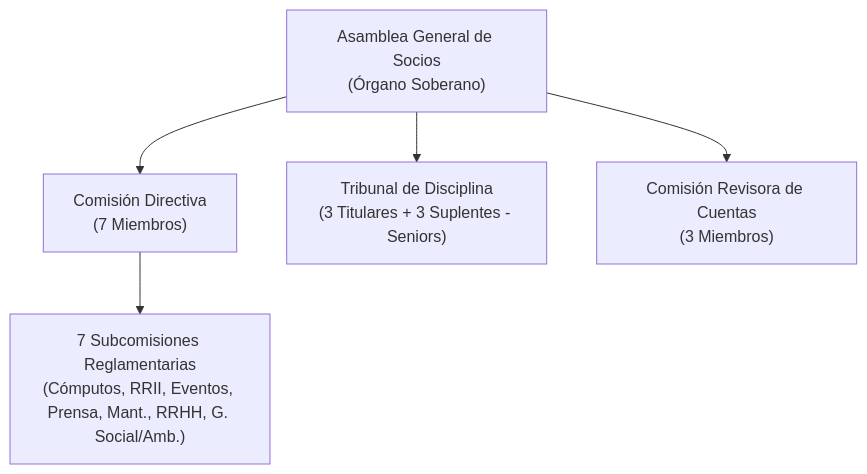
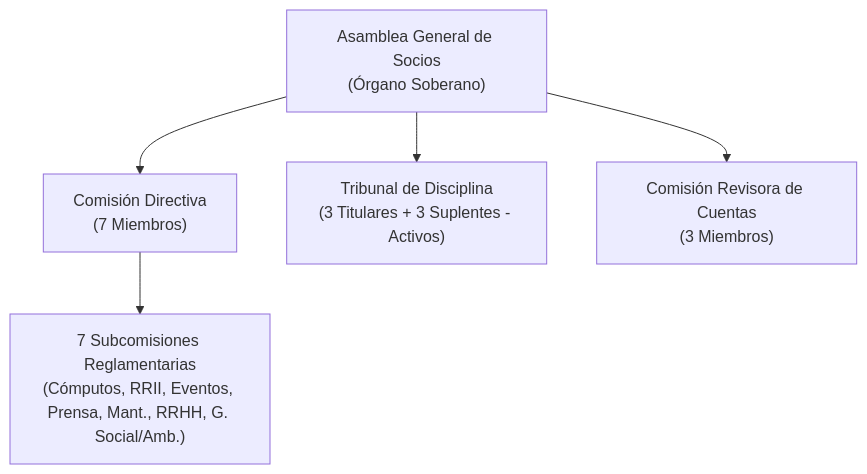
The first of 2 diagrams in README.md (MartinG94/seminario-integrador), drawn with Mermaid before and after one commit. The commit also changed other lines of this file and 19 other files, not shown here.

````diff
--- a/README.md
+++ b/README.md
@@ -59,13 +59,13 @@
 ```mermaid
 flowchart TD
     AG["Asamblea General de Socios\n(Órgano Soberano)"]
     CD["Comisión Directiva\n(7 Miembros)"]
-    TD["Tribunal de Disciplina\n(3 Titulares + 3 Suplentes - Seniors)"]
+    TD["Tribunal de Disciplina\n(3 Titulares + 3 Suplentes - Activos)"]
     CR["Comisión Revisora de Cuentas\n(3 Miembros)"]
     SUB["7 Subcomisiones Reglamentarias\n(Cómputos, RRII, Eventos, Prensa, Mant., RRHH, G. Social/Amb.)"]
     
     AG --> CD
     AG --> TD
     AG --> CR
     CD --> SUB
 ```
````
